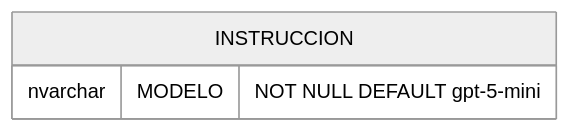
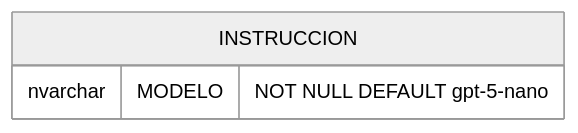
One commit to Dev-InSoft-web/ISA-DOC changed the diagram in src/lib/tickets/assets/TK-1431662/tk1431662-instruccion-modelo.mmd. Above: the diagram before and after it, drawn with Mermaid (neutral theme). The commit also changed 71 other files, not shown here.

```diff
--- a/src/lib/tickets/assets/TK-1431662/tk1431662-instruccion-modelo.mmd
+++ b/src/lib/tickets/assets/TK-1431662/tk1431662-instruccion-modelo.mmd
@@ -1,4 +1,4 @@
 erDiagram
   INSTRUCCION {
-    nvarchar MODELO "NOT NULL DEFAULT gpt-5-mini"
+    nvarchar MODELO "NOT NULL DEFAULT gpt-5-nano"
   }
```
